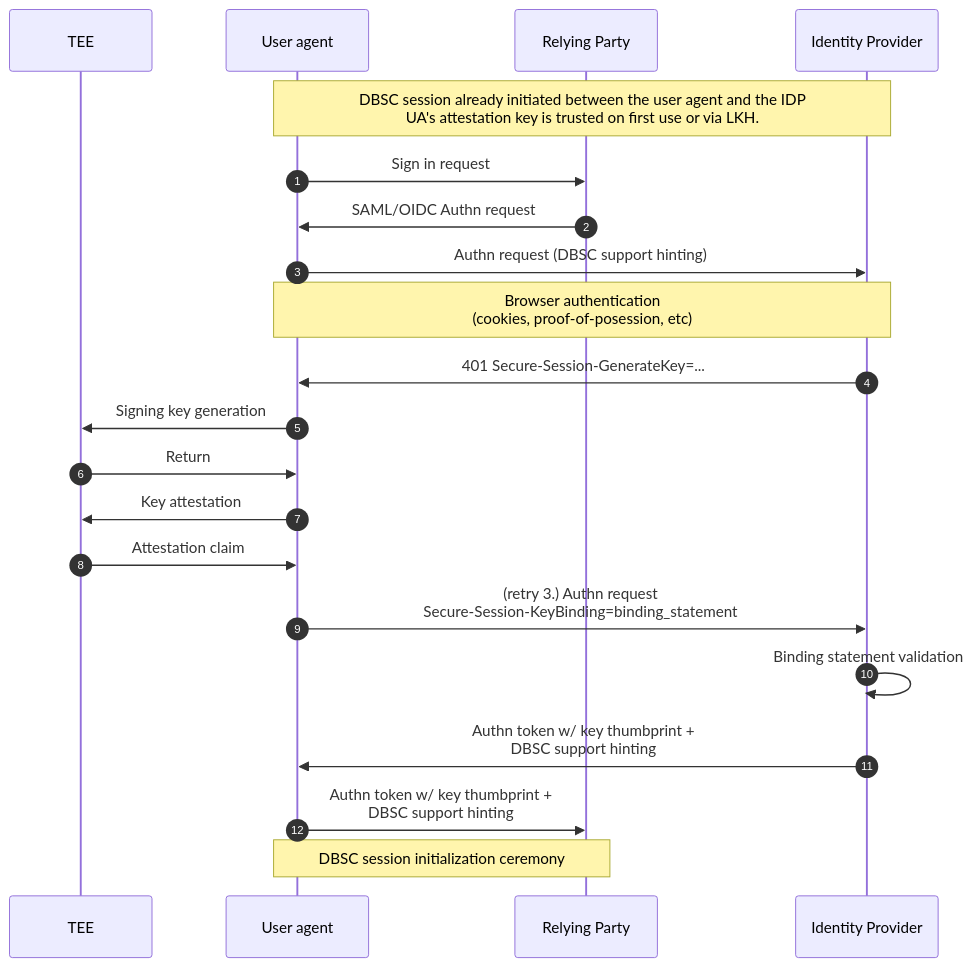
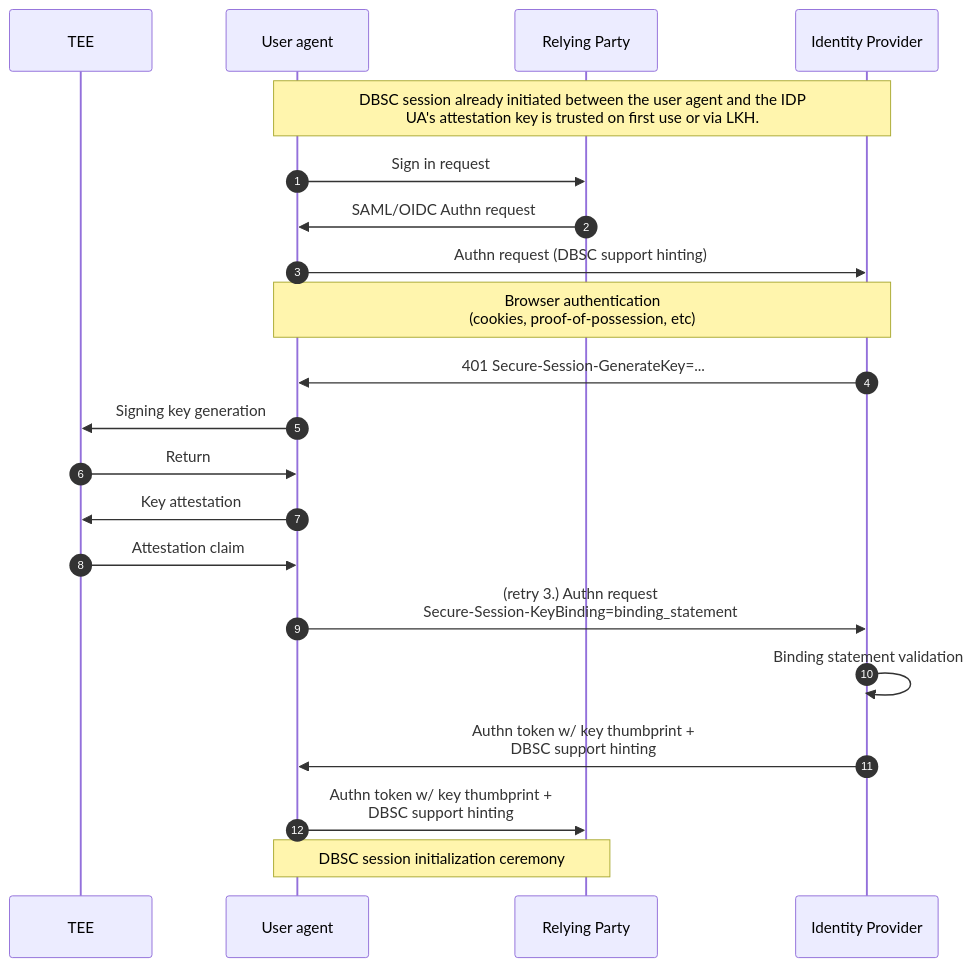
The second of 4 diagrams in README.md (lucasrsant/dbsc-sso), drawn with Mermaid before and after one commit. The commit also changed other lines of this file, not shown here.

````diff
--- a/README.md
+++ b/README.md
@@ -152,29 +151,29 @@
 ```mermaid
 sequenceDiagram
 	autonumber
 
 	participant t as TEE
 	participant u as User agent
 	participant r as Relying Party
 	participant i as Identity Provider
 
 	note over u, i: DBSC session already initiated between the user agent and the IDP<br>UA's attestation key is trusted on first use or via LKH.
 
 	u->>r: Sign in request
 	r->>u: SAML/OIDC Authn request
 	u->>i: Authn request (DBSC support hinting)
     
-    note  over  u, i: Browser authentication<br>(cookies, proof-of-posession, etc)
+    note  over  u, i: Browser authentication<br>(cookies, proof-of-possession, etc)
 	
     i->>u: 401 Secure-Session-GenerateKey=...
 	u->>t: Signing key generation
 	t->>u: Return
 	u->>t: Key attestation
 	t->>u: Attestation claim
 	u->>i: (retry 3.) Authn request<br>Secure-Session-KeyBinding=binding_statement
 	i->>i: Binding statement validation
 	i->>u: Authn token w/ key thumbprint + <br>DBSC support hinting
 	u->>r: Authn token w/ key thumbprint + <br>DBSC support hinting
 	
     note  over  u, r: DBSC session initialization ceremony
 ```
````
